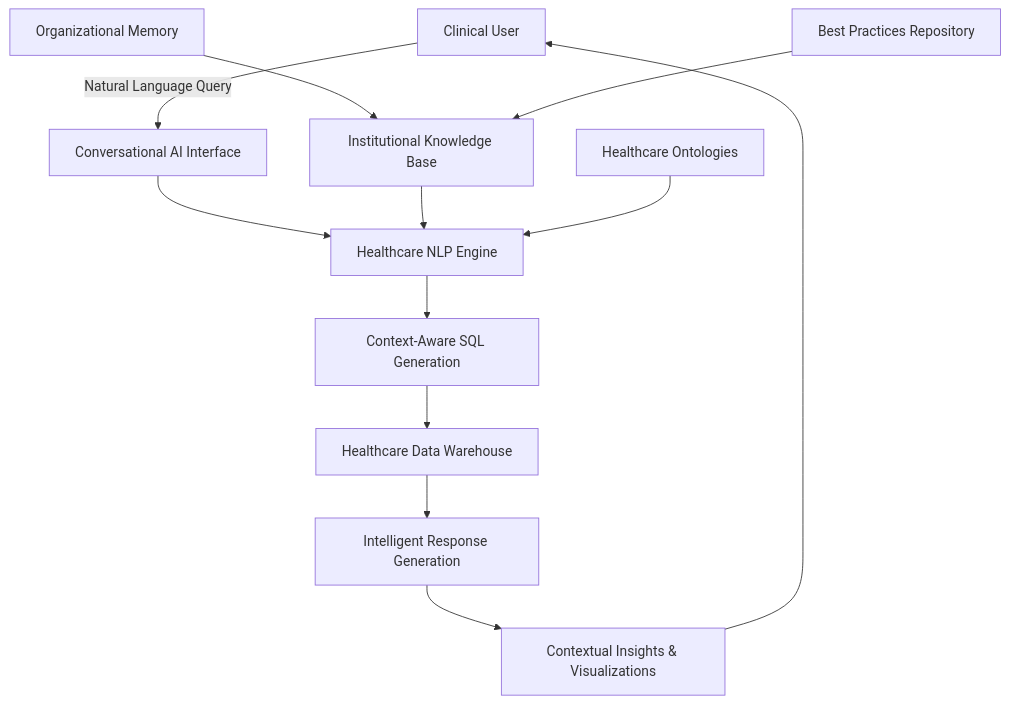
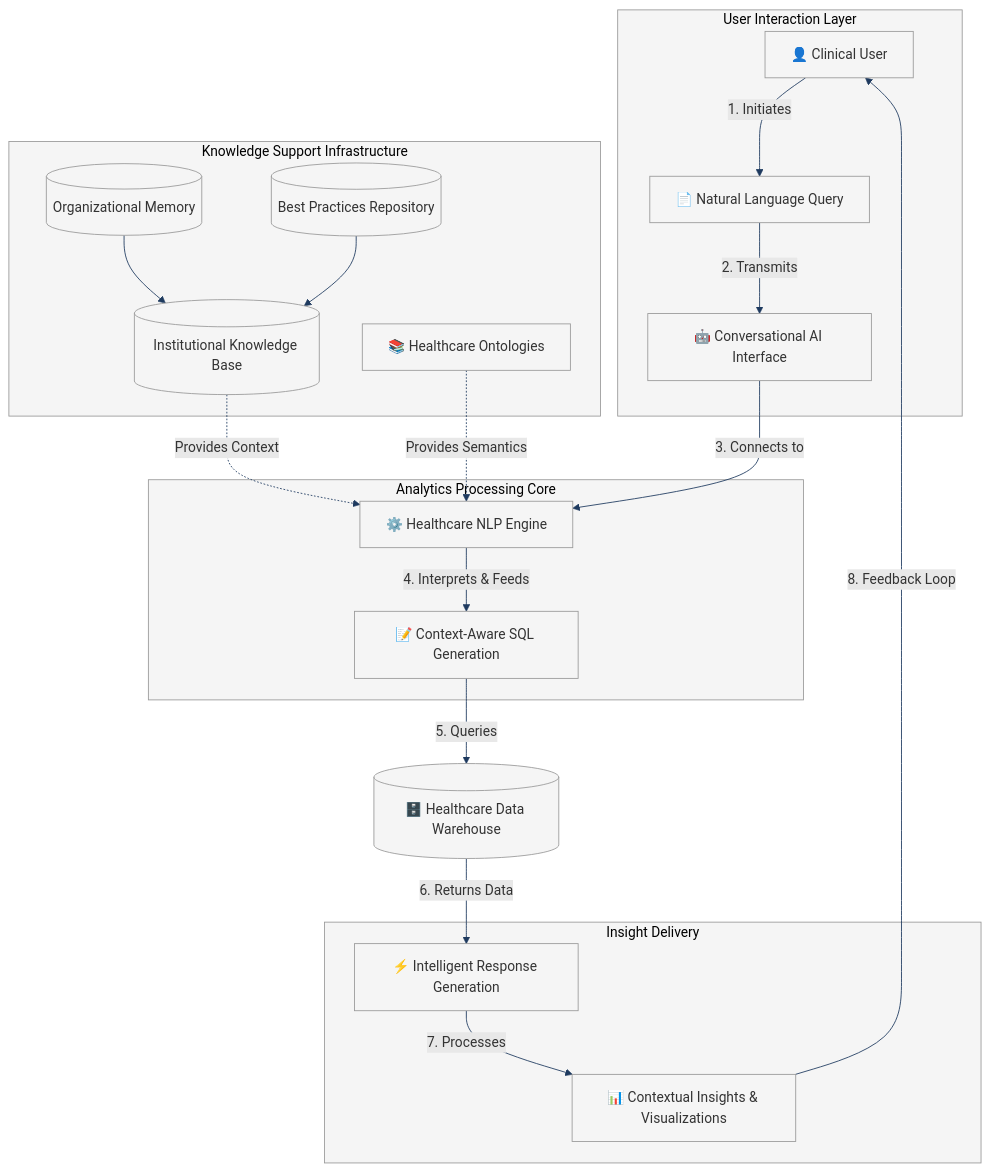
One commit to stharrold/yuimedi-paper-20250901 changed the diagram in figures/architecture.mmd. Above: the diagram before and after it, drawn with Mermaid. The commit also changed 3 other files, not shown here.

First line of the commit message:
style(figures): unify color palette across all diagrams

```diff
--- a/figures/architecture.mmd
+++ b/figures/architecture.mmd
@@ -1,13 +1,41 @@
-graph TD
-    A[Clinical User] -->|Natural Language Query| B[Conversational AI Interface]
-    B --> C[Healthcare NLP Engine]
-    C --> D[Context-Aware SQL Generation]
-    D --> E[Healthcare Data Warehouse]
-    E --> F[Intelligent Response Generation]
-    F --> G[Contextual Insights & Visualizations]
-    G --> A
+%%{init: {'theme': 'base', 'themeVariables': { 'primaryColor': '#f5f5f5', 'primaryTextColor': '#333', 'primaryBorderColor': '#999', 'lineColor': '#1E3A5F', 'secondaryColor': '#e8e8e8', 'tertiaryColor': '#fff'}}}%%
+flowchart TD
+    %% Healthcare Analytics Architecture
+    %% Clinical User queries flowing through AI processing to insights
 
-    H[Institutional Knowledge Base] --> C
-    I[Healthcare Ontologies] --> C
-    J[Organizational Memory] --> H
-    K[Best Practices Repository] --> H
+    subgraph UI["User Interaction Layer"]
+        A["👤 Clinical User"] -->|"1. Initiates"| B["📄 Natural Language Query"]
+        B -->|"2. Transmits"| C["🤖 Conversational AI Interface"]
+    end
+
+    subgraph Knowledge["Knowledge Support Infrastructure"]
+        D[("Organizational Memory")] --> G[("Institutional Knowledge Base")]
+        E[("Best Practices Repository")] --> G
+        F["📚 Healthcare Ontologies"]
+    end
+
+    subgraph Engine["Analytics Processing Core"]
+        H["⚙️ Healthcare NLP Engine"] -->|"4. Interprets & Feeds"| I["📝 Context-Aware SQL Generation"]
+    end
+
+    J[("🗄️ Healthcare Data Warehouse")]
+
+    subgraph Output["Insight Delivery"]
+        K["⚡ Intelligent Response Generation"] -->|"7. Processes"| L["📊 Contextual Insights & Visualizations"]
+    end
+
+    %% Main flow
+    C -->|"3. Connects to"| H
+    I -->|"5. Queries"| J
+    J -->|"6. Returns Data"| K
+    L -->|"8. Feedback Loop"| A
+
+    %% Knowledge injection (dashed)
+    G -.->|"Provides Context"| H
+    F -.->|"Provides Semantics"| H
+
+    %% Styling
+    style UI fill:#f5f5f5,stroke:#999
+    style Knowledge fill:#f5f5f5,stroke:#999
+    style Engine fill:#f5f5f5,stroke:#999
+    style Output fill:#f5f5f5,stroke:#999
```
